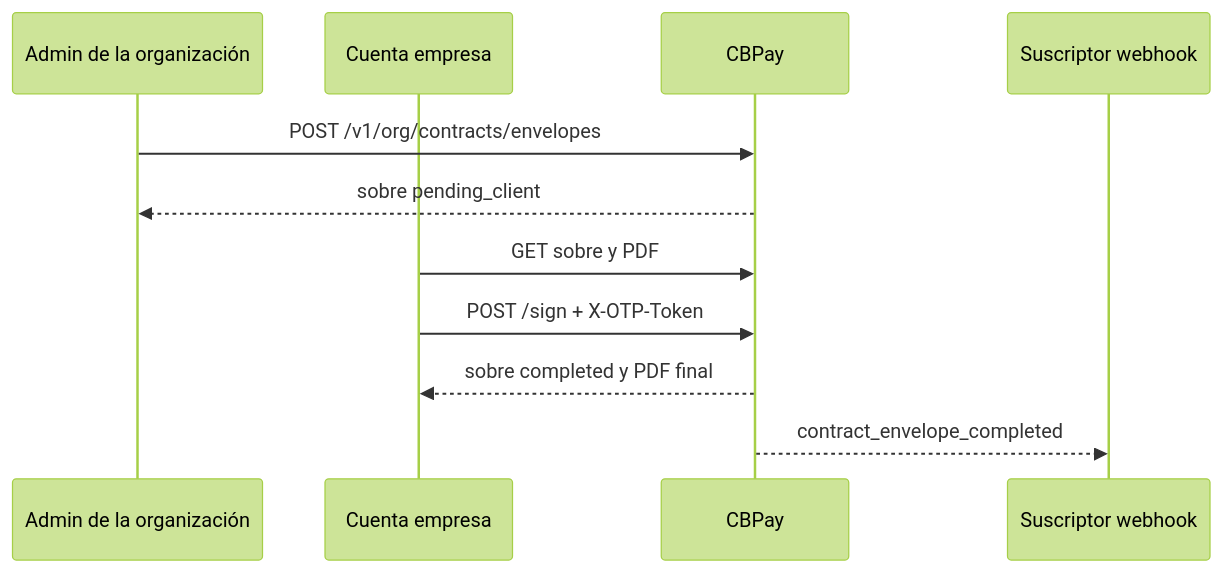
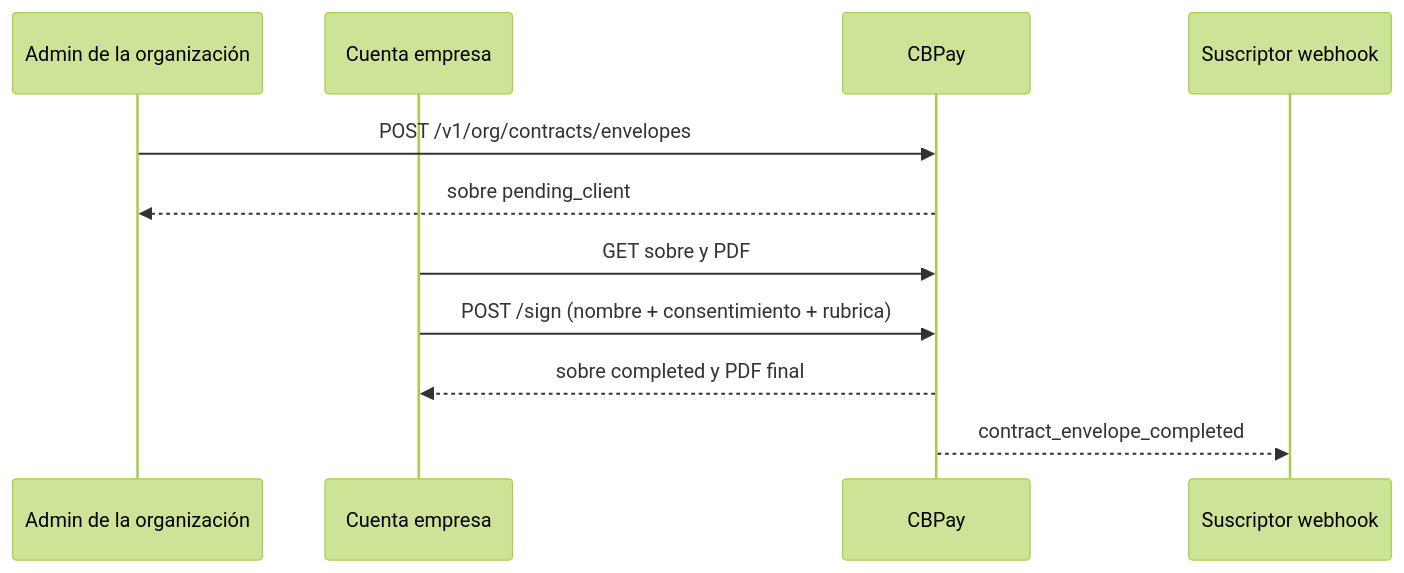
Before and after one commit to CBpayapp/cbpay-docs: the diagram in es/guides/contract-agreement.mdx, drawn with Mermaid (forest theme). The commit also changed other lines of this file and 8 other files, not shown here.

````diff
--- a/es/guides/contract-agreement.mdx
+++ b/es/guides/contract-agreement.mdx
@@ -19,13 +20,13 @@
 ```mermaid
 sequenceDiagram
   participant A as Admin de la organización
   participant C as Cuenta empresa
   participant P as CBPay
   participant W as Suscriptor webhook
   A->>P: POST /v1/org/contracts/envelopes
   P-->>A: sobre pending_client
   C->>P: GET sobre y PDF
-  C->>P: POST /sign + X-OTP-Token
+  C->>P: POST /sign (nombre + consentimiento + rubrica)
   P-->>C: sobre completed y PDF final
   P-->>W: contract_envelope_completed
 ```
````
